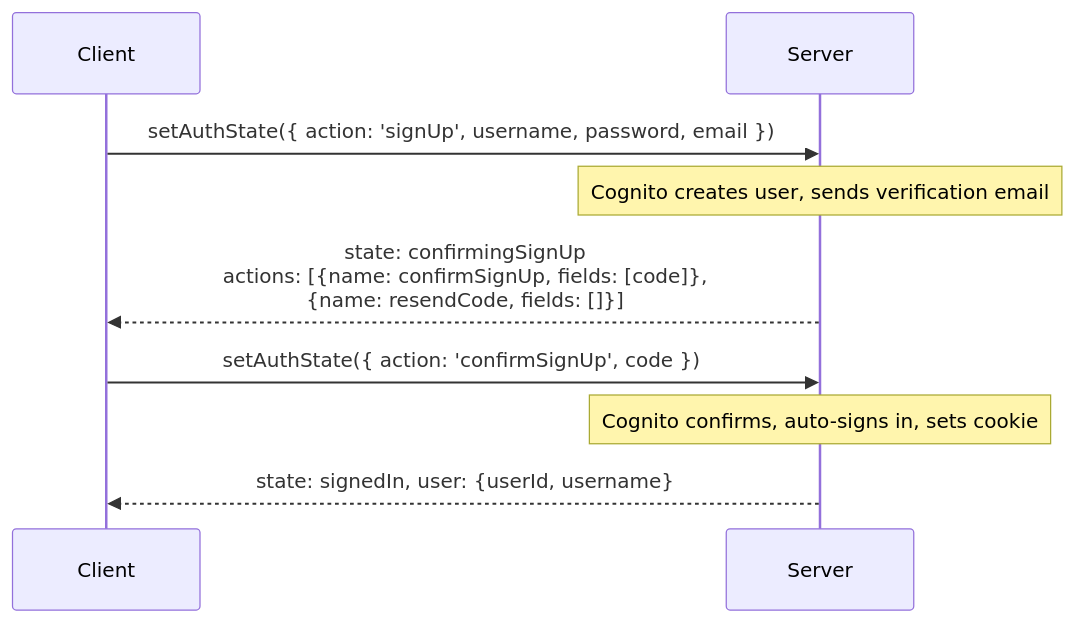
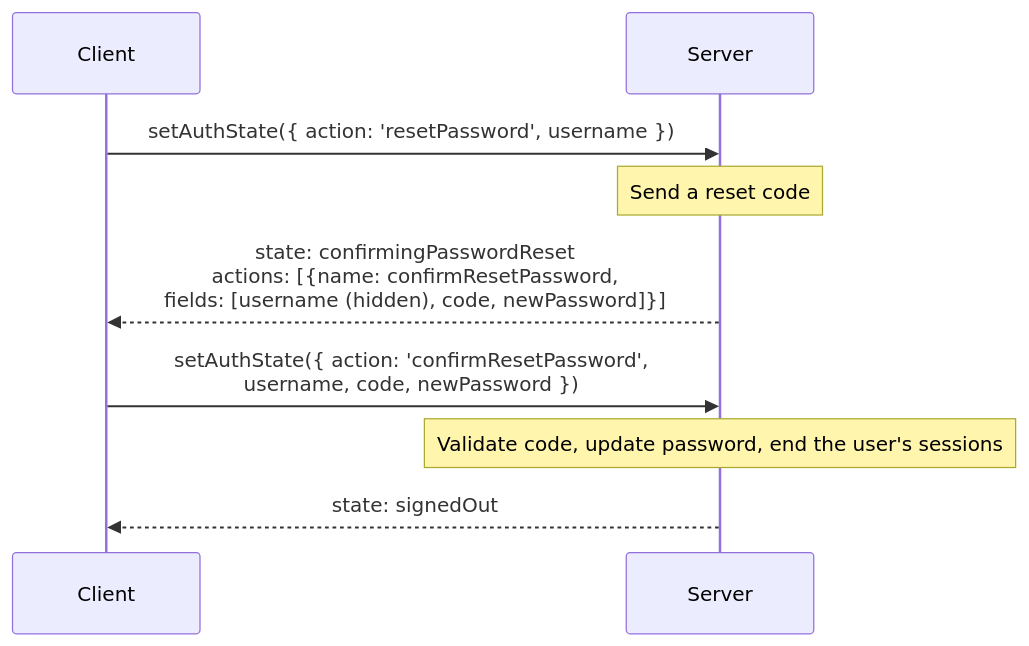
Before and after one commit to aws-devtools-labs/aws-blocks: the fifth of 7 diagrams in packages/auth-common/DESIGN.md, drawn with Mermaid. The commit also changed other lines of this file and 36 other files, not shown here.

First line of the commit message:
docs: remove the AuthCognito admin design docs and refresh stale auth wording

````diff
--- a/packages/auth-common/DESIGN.md
+++ b/packages/auth-common/DESIGN.md
@@ -135,13 +111,13 @@
 ```mermaid
 sequenceDiagram
 	participant C as Client
 	participant S as Server
 
-	C->>S: setAuthState({ action: 'signUp', username, password, email })
-	Note over S: Cognito creates user, sends verification email
-	S-->>C: state: confirmingSignUp<br/>actions: [{name: confirmSignUp, fields: [code]},<br/>{name: resendCode, fields: []}]
+	C->>S: setAuthState({ action: 'resetPassword', username })
+	Note over S: Send a reset code
+	S-->>C: state: confirmingPasswordReset<br/>actions: [{name: confirmResetPassword,<br/>fields: [username (hidden), code, newPassword]}]
 
-	C->>S: setAuthState({ action: 'confirmSignUp', code })
-	Note over S: Cognito confirms, auto-signs in, sets cookie
-	S-->>C: state: signedIn, user: {userId, username}
+	C->>S: setAuthState({ action: 'confirmResetPassword',<br/>username, code, newPassword })
+	Note over S: Validate code, update password, end the user's sessions
+	S-->>C: state: signedOut
 ```
````
